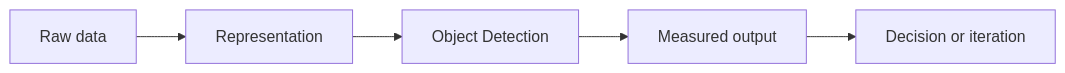
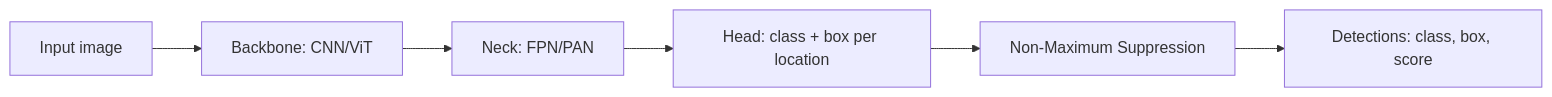
One commit to Icon1cc/Machine-Learning changed the diagram in computer-vision/05-object-detection.md. Above: the diagram before and after it, drawn with Mermaid. The commit also changed other lines of this file and 264 other files, not shown here.

````diff
--- a/computer-vision/05-object-detection.md
+++ b/computer-vision/05-object-detection.md
@@ -92,7 +308,8 @@
 ```mermaid
 flowchart LR
-    A[Raw data] --> B[Representation]
-    B --> C[Object Detection]
-    C --> D[Measured output]
-    D --> E[Decision or iteration]
+    I[Input image] --> B[Backbone: CNN/ViT]
+    B --> N[Neck: FPN/PAN]
+    N --> H[Head: class + box per location]
+    H --> NMS[Non-Maximum Suppression]
+    NMS --> D[Detections: class, box, score]
 ```
````
